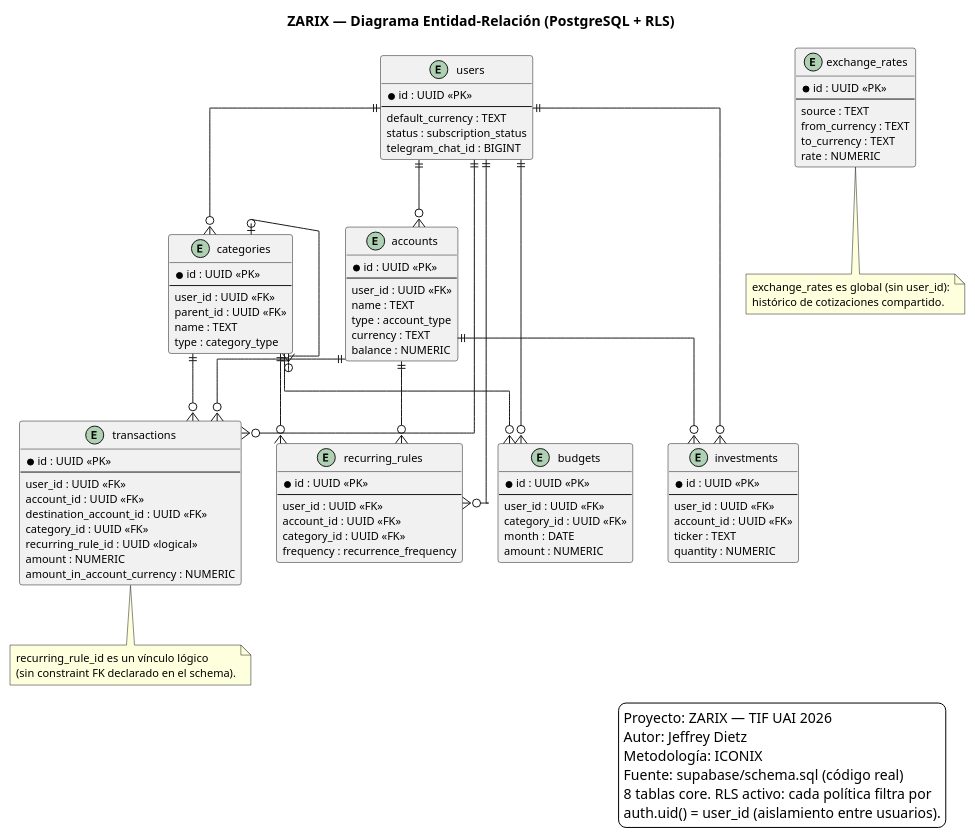
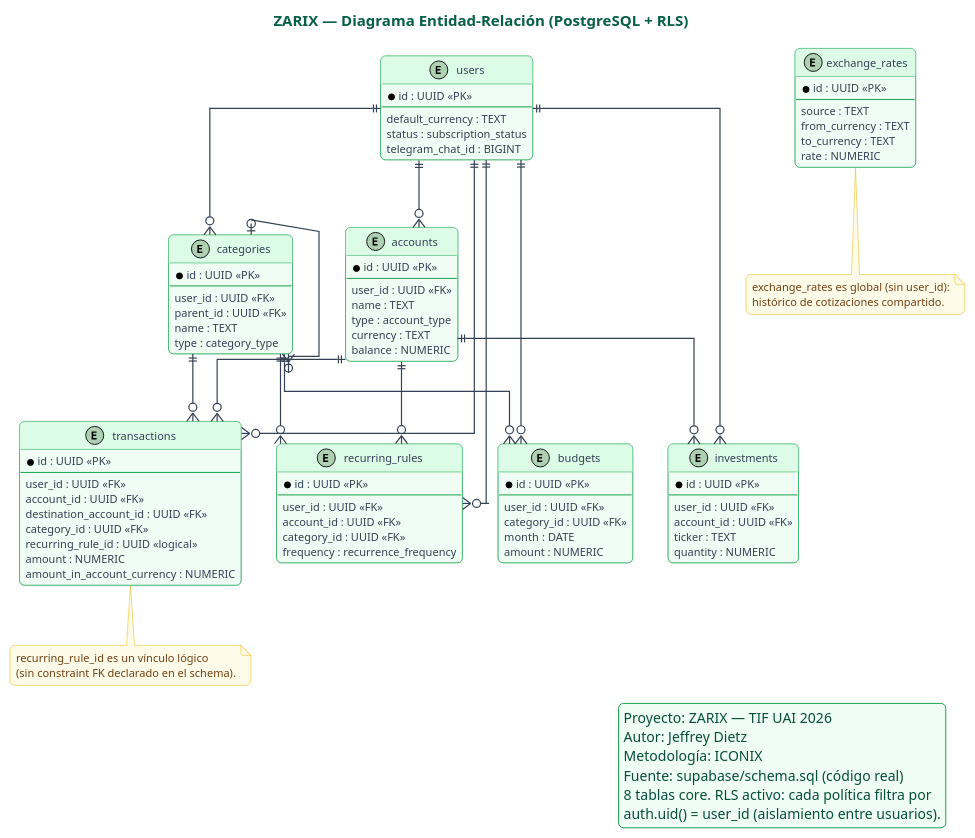
One commit to jeffreydtz/zarix changed the diagram in docs/tif/diagrams/fig09_er.puml. Above: the diagram before and after it, drawn with PlantUML. The commit also changed 30 other files, not shown here.

First line of the commit message:
docs: TIF v2.1 — diagramas rediseñados según cátedra (sap_tfi_2026) + auditoría contra código

```diff
--- a/docs/tif/diagrams/fig09_er.puml
+++ b/docs/tif/diagrams/fig09_er.puml
@@ -6,6 +6,102 @@
 skinparam defaultFontSize 11
 skinparam linetype ortho
 skinparam backgroundColor white
+skinparam handwritten false
+' ══ Identidad visual Zarix — paleta esmeralda (DESIGN.md) sobre convención de cátedra ══
+skinparam roundCorner 10
+skinparam TitleFontColor #065F46
+skinparam TitleFontSize 15
+skinparam TitleFontStyle bold
+skinparam ArrowColor #334155
+skinparam ArrowFontColor #475569
+skinparam ArrowThickness 1.2
+skinparam actor {
+  BackgroundColor #DCFCE7
+  BorderColor #16A34A
+  FontColor #064E3B
+}
+skinparam usecase {
+  BackgroundColor #F0FDF4
+  BorderColor #16A34A
+  FontColor #052E16
+}
+skinparam rectangle {
+  BackgroundColor #FFFFFF
+  BorderColor #94A3B8
+  FontColor #334155
+}
+skinparam boundary {
+  BackgroundColor #DBEAFE
+  BorderColor #2563EB
+  FontColor #1E3A8A
+}
+skinparam control {
+  BackgroundColor #FEF9C3
+  BorderColor #CA8A04
+  FontColor #713F12
+}
+skinparam entity {
+  BackgroundColor #DCFCE7
+  BorderColor #16A34A
+  FontColor #064E3B
+}
+skinparam class {
+  BackgroundColor #F0FDF4
+  BorderColor #16A34A
+  HeaderBackgroundColor #DCFCE7
+  FontColor #052E16
+  AttributeFontColor #334155
+  StereotypeFontColor #16A34A
+}
+skinparam package {
+  BackgroundColor #F8FAFC
+  BorderColor #16A34A
+  FontColor #064E3B
+  FontStyle bold
+}
+skinparam node {
+  BackgroundColor #F0FDF4
+  BorderColor #16A34A
+  FontColor #052E16
+}
+skinparam database {
+  BackgroundColor #DCFCE7
+  BorderColor #16A34A
+  FontColor #064E3B
+}
+skinparam component {
+  BackgroundColor #F0FDF4
+  BorderColor #16A34A
+  FontColor #052E16
+}
+skinparam cloud {
+  BackgroundColor #EFF6FF
+  BorderColor #3B82F6
+  FontColor #1E3A8A
+}
+skinparam participant {
+  BackgroundColor #DCFCE7
+  BorderColor #16A34A
+  FontColor #064E3B
+}
+skinparam sequence {
+  LifeLineBorderColor #94A3B8
+  LifeLineBackgroundColor #F0FDF4
+  GroupBackgroundColor #DCFCE7
+  GroupBorderColor #16A34A
+  GroupFontColor #064E3B
+}
+skinparam note {
+  BackgroundColor #FEFCE8
+  BorderColor #EAB308
+  FontColor #713F12
+}
+skinparam legend {
+  BackgroundColor #F0FDF4
+  BorderColor #16A34A
+  FontColor #064E3B
+}
+
 
 entity "users" as users {
     *id : UUID <<PK>>
```
